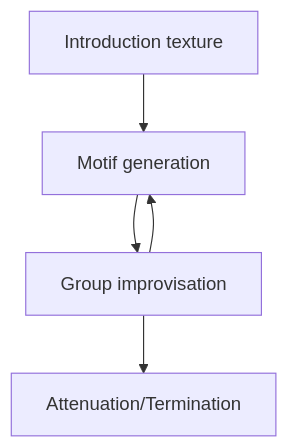
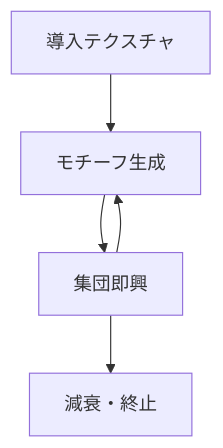
The first of 3 diagrams in en/_posts/2025-12-17-column-progressive-jazz-fusion.md (monumental-movement/monumental-movement.github.io), drawn with Mermaid before and after one commit. The commit also changed other lines of this file and 2196 other files, not shown here.

```diff
--- a/en/_posts/2025-12-17-column-progressive-jazz-fusion.md
+++ b/en/_posts/2025-12-17-column-progressive-jazz-fusion.md
@@ -63,7 +63,7 @@
 <div class="mermaid">
 flowchart TD
-    A["Introduction texture"] --> B["Motif generation"]
-    B --> C["Group improvisation"]
+    A["導入テクスチャ"] --> B["モチーフ生成"]
+    B --> C["集団即興"]
     C --> B
-    C --> D["Attenuation/Termination"]
+    C --> D["減衰・終止"]
 </div>
```
